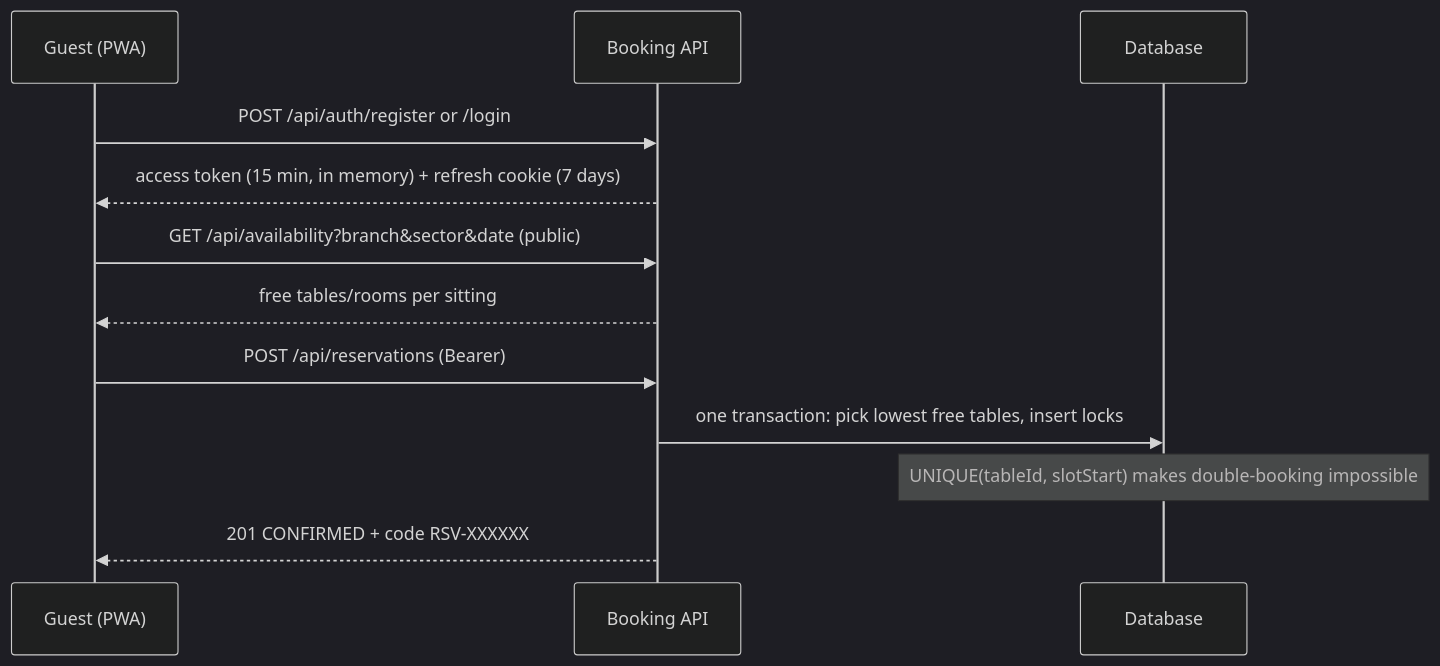
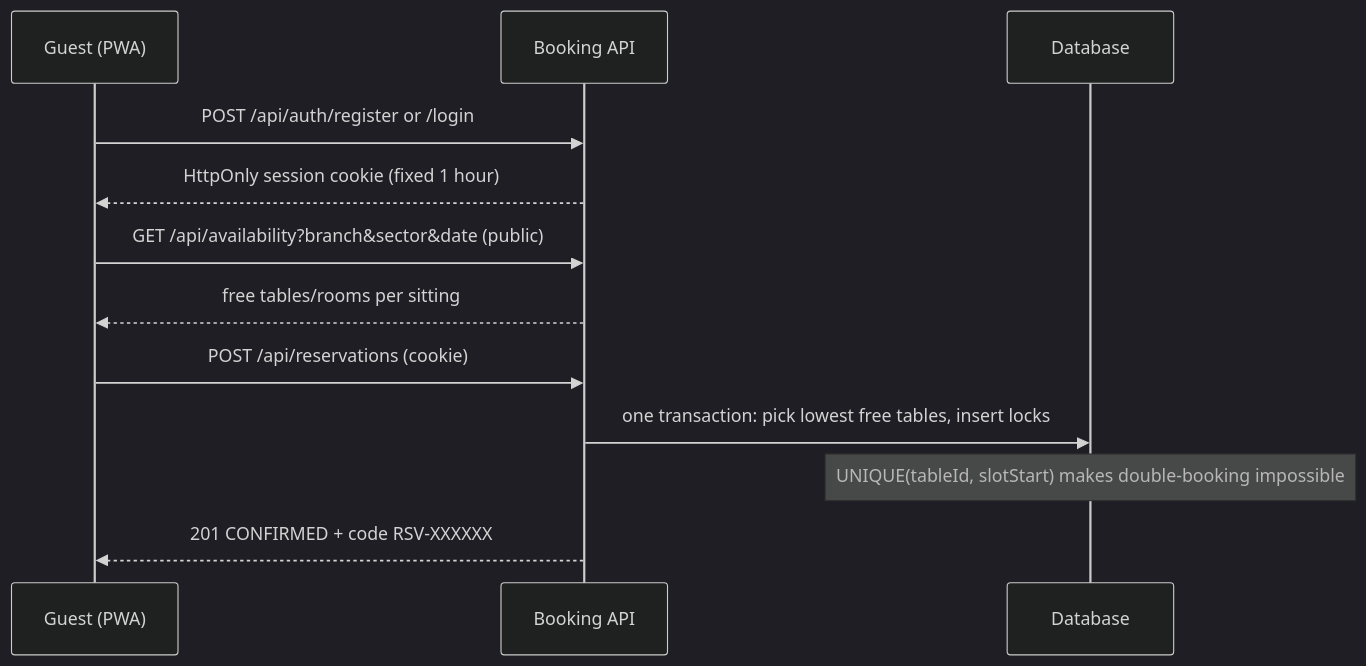
One commit to vincentag11323/restaurant-booking-planning changed the second of 4 diagrams in DIAGRAM.md. Above: the diagram before and after it, drawn with Mermaid (dark theme). The commit also changed other lines of this file and 5 other files, not shown here.

Commit message:
spec: session details for implementation (session cookie on /, GET /me session check, SESSION_TTL, User.apiKeyHash, X-Agent-Key, Origin rule for CSRF)

````diff
--- a/DIAGRAM.md
+++ b/DIAGRAM.md
@@ -49,14 +49,14 @@
 ```mermaid
 sequenceDiagram
   participant G as Guest (PWA)
   participant A as Booking API
   participant D as Database
   G->>A: POST /api/auth/register or /login
-  A-->>G: access token (15 min, in memory) + refresh cookie (7 days)
+  A-->>G: HttpOnly session cookie (fixed 1 hour)
   G->>A: GET /api/availability?branch&sector&date (public)
   A-->>G: free tables/rooms per sitting
-  G->>A: POST /api/reservations (Bearer)
+  G->>A: POST /api/reservations (cookie)
   A->>D: one transaction: pick lowest free tables, insert locks
   Note over D: UNIQUE(tableId, slotStart) makes double-booking impossible
   A-->>G: 201 CONFIRMED + code RSV-XXXXXX
 ```
````
